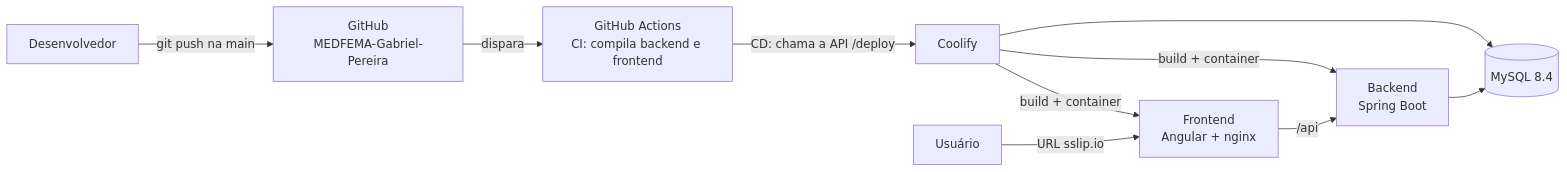
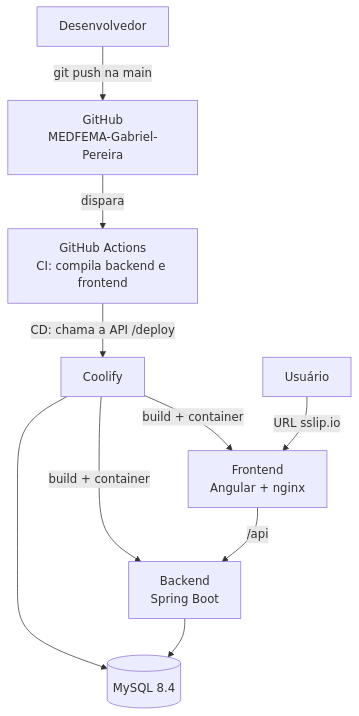
One commit to TAT-2026-COOLIFY/MEDFEMA-Gabriel-Pereira changed the diagram in docs/MANUAL-CICD-COOLIFY.md. Above: the diagram before and after it, drawn with Mermaid. The commit also changed other lines of this file and 2 other files, not shown here.

````diff
--- a/docs/MANUAL-CICD-COOLIFY.md
+++ b/docs/MANUAL-CICD-COOLIFY.md
@@ -36,12 +35,12 @@
 ```mermaid
-flowchart LR
+flowchart TB
     dev[Desenvolvedor] -->|git push na main| gh[GitHub<br/>MEDFEMA-Gabriel-Pereira]
     gh -->|dispara| ga[GitHub Actions<br/>CI: compila backend e frontend]
     ga -->|CD: chama a API /deploy| co[Coolify]
     co -->|build + container| fe[Frontend<br/>Angular + nginx]
     co -->|build + container| be[Backend<br/>Spring Boot]
     co --> db[(MySQL 8.4)]
     user[Usuário] -->|URL sslip.io| fe
     fe -->|/api| be
     be --> db
 ```
````
